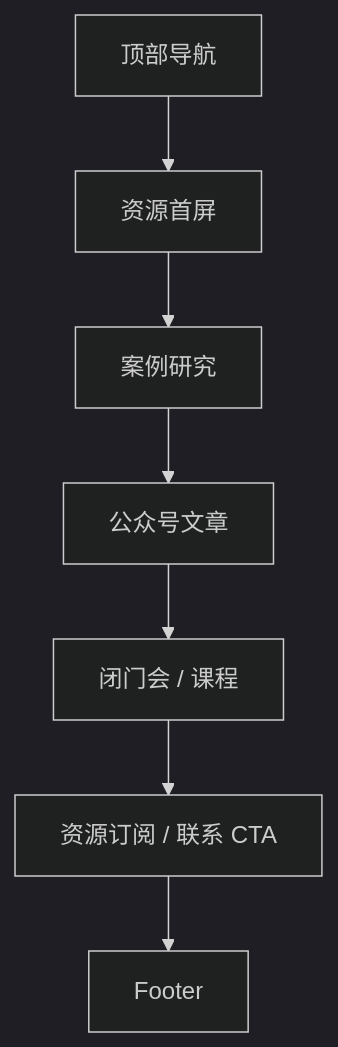
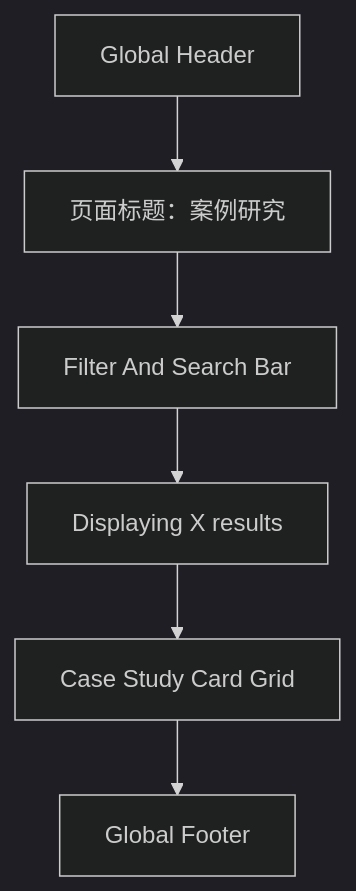
Before and after one commit to Gaming33/zan: the diagram in docs/03-resources.md, drawn with Mermaid (dark theme). The commit also changed other lines of this file and 13 other files, not shown here.

````diff
--- a/docs/03-resources.md
+++ b/docs/03-resources.md
@@ -28,9 +377,8 @@
 ```mermaid
 flowchart TD
-  A[顶部导航] --> B[资源首屏]
-  B --> C[案例研究]
-  C --> D[公众号文章]
-  D --> E[闭门会 / 课程]
-  E --> F[资源订阅 / 联系 CTA]
-  F --> G[Footer]
+  A[Global Header] --> B[页面标题：案例研究]
+  B --> C[Filter And Search Bar]
+  C --> D[Displaying X results]
+  D --> E[Case Study Card Grid]
+  E --> F[Global Footer]
 ```
````
